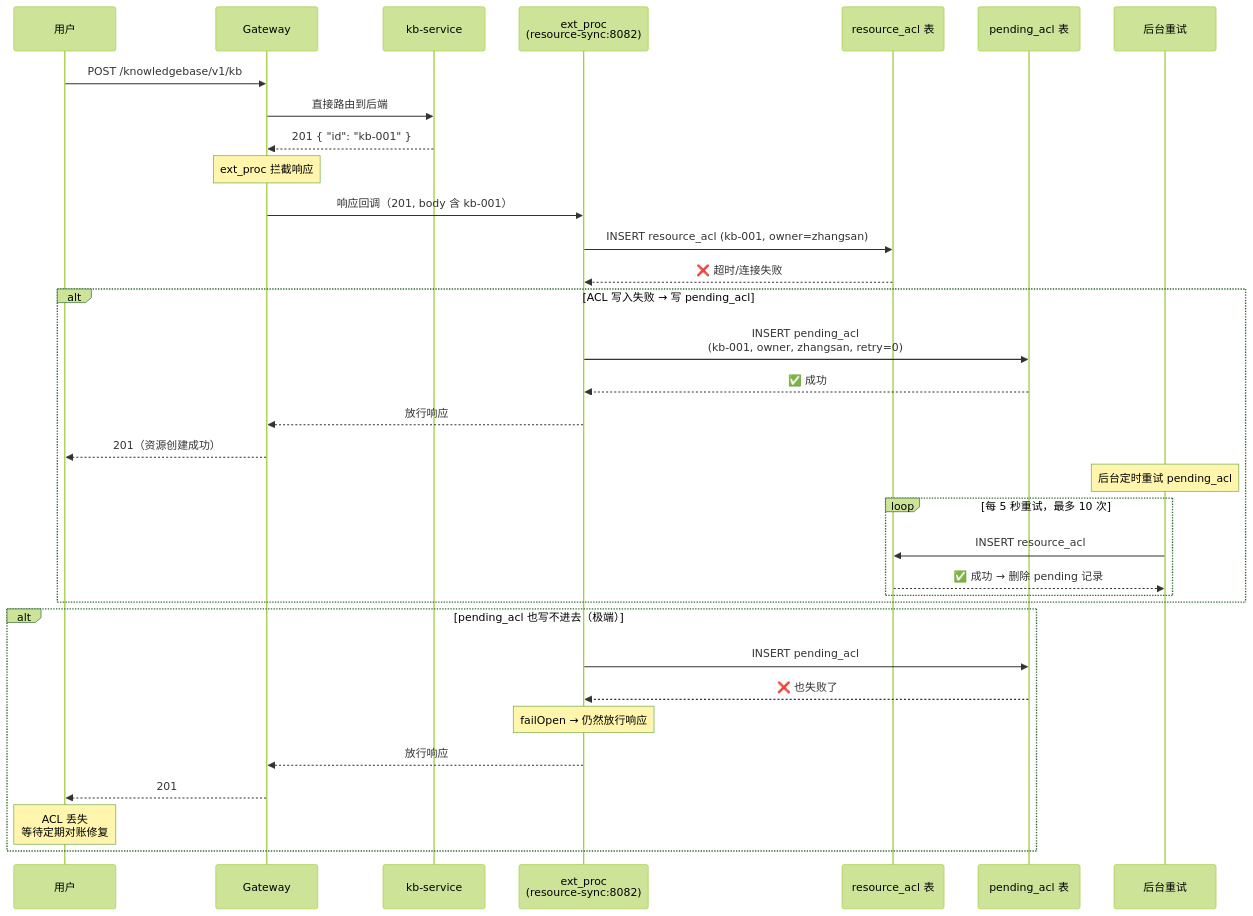
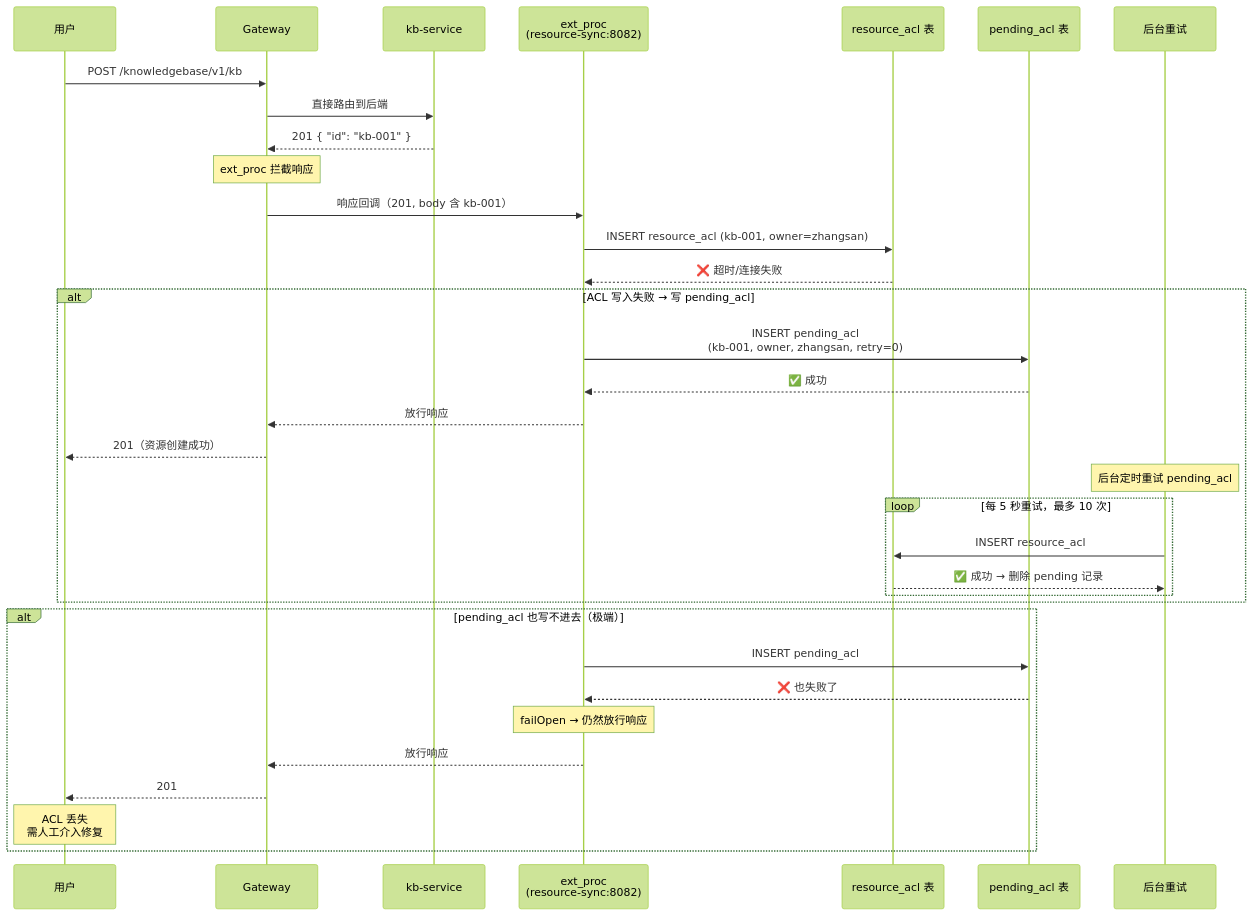
One commit to xiewanchao/aidp-iam changed the third of 14 diagrams in diagrams/failure-scenarios.md. Above: the diagram before and after it, drawn with Mermaid (forest theme). The commit also changed other lines of this file and 43 other files, not shown here.

````diff
--- a/diagrams/failure-scenarios.md
+++ b/diagrams/failure-scenarios.md
@@ -78,42 +80,42 @@
 ```mermaid
 sequenceDiagram
     participant U as 用户
     participant GW as Gateway
     participant KB as kb-service
     participant EP as ext_proc<br/>(resource-sync:8082)
     participant DB as resource_acl 表
     participant PA as pending_acl 表
     participant RETRY as 后台重试
 
     U->>GW: POST /knowledgebase/v1/kb
     GW->>KB: 直接路由到后端
     KB-->>GW: 201 { "id": "kb-001" }
 
     Note over GW: ext_proc 拦截响应
 
     GW->>EP: 响应回调（201, body 含 kb-001）
     EP->>DB: INSERT resource_acl (kb-001, owner=zhangsan)
     DB-->>EP: ❌ 超时/连接失败
 
     alt ACL 写入失败 → 写 pending_acl
         EP->>PA: INSERT pending_acl<br/>(kb-001, owner, zhangsan, retry=0)
         PA-->>EP: ✅ 成功
         EP-->>GW: 放行响应
         GW-->>U: 201（资源创建成功）
 
         Note over RETRY: 后台定时重试 pending_acl
         loop 每 5 秒重试，最多 10 次
             RETRY->>DB: INSERT resource_acl
             DB-->>RETRY: ✅ 成功 → 删除 pending 记录
         end
     end
 
     alt pending_acl 也写不进去（极端）
         EP->>PA: INSERT pending_acl
         PA-->>EP: ❌ 也失败了
         Note over EP: failOpen → 仍然放行响应
         EP-->>GW: 放行响应
         GW-->>U: 201
-        Note over U: ACL 丢失<br/>等待定期对账修复
+        Note over U: ACL 丢失<br/>需人工介入修复
     end
 ```
````
